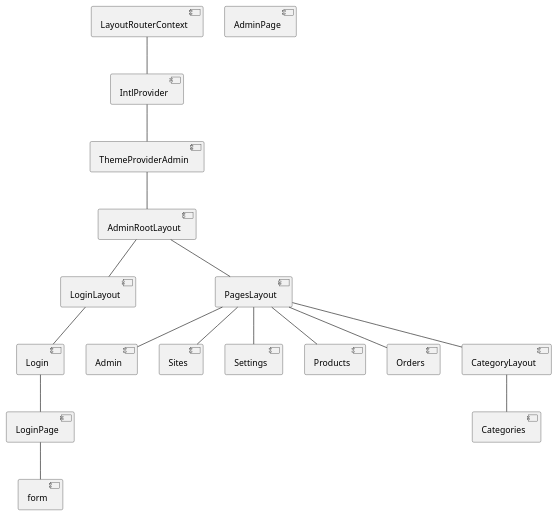
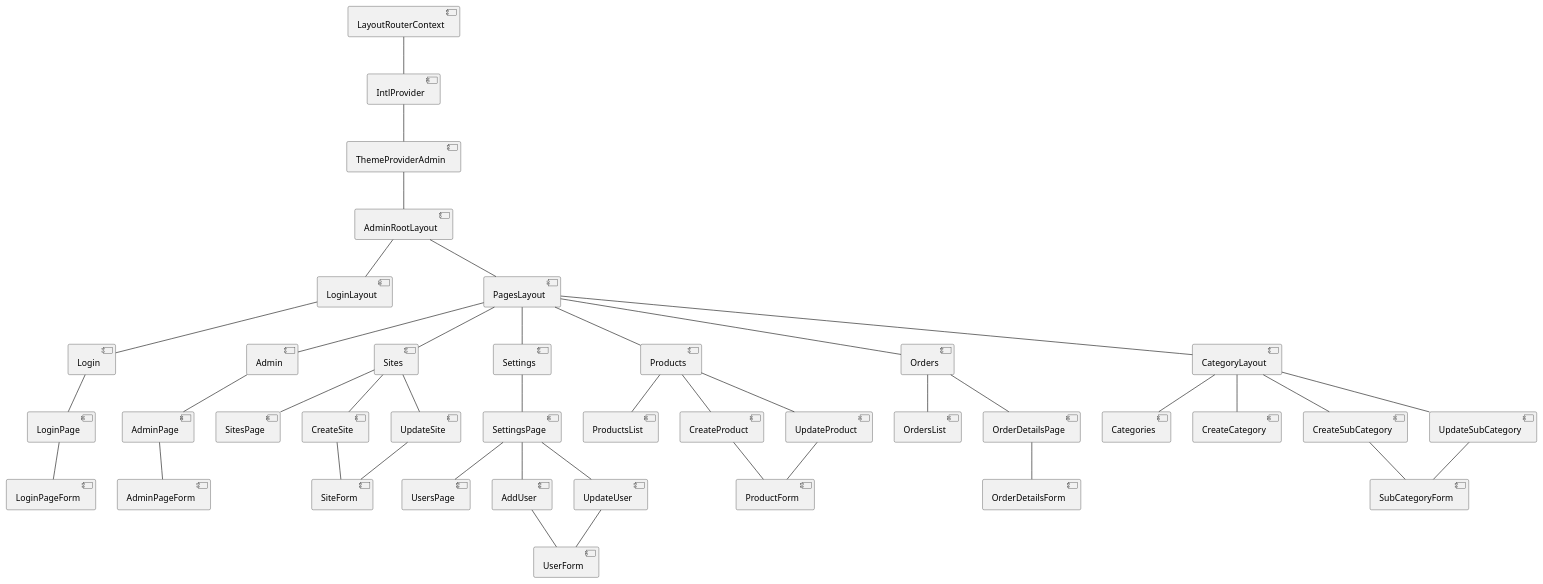
The diagram in client/admin-plantUML.wsd (maxProMax/d-shop), drawn with PlantUML before and after one commit. The commit also changed 13 other files, not shown here.

```diff
--- a/client/admin-plantUML.wsd
+++ b/client/admin-plantUML.wsd
@@ -1,46 +1,106 @@
 @startuml
 
 component LayoutRouterContext
 component IntlProvider
 
 LayoutRouterContext -- IntlProvider
 
 component ThemeProviderAdmin
 component AdminRootLayout
 component LoginLayout
 component PagesLayout
 component Login
 component LoginPage
-component form
+component LoginPageForm
 
 component Admin
 component AdminPage
-
+component AdminPageForm
 
 component Sites
 component Settings
 component Products
 component Orders
 component CategoryLayout
 
 component Categories
+component CreateCategory
+component CreateSubCategory
+component UpdateSubCategory
+component SubCategoryForm
+
+component SitesPage
+component CreateSite
+component UpdateSite
+component SiteForm
+
+component SettingsPage
+
+component UsersPage
+component AddUser
+component UpdateUser
+component UserForm
+
+component ProductsList
+component CreateProduct
+component UpdateProduct
+component ProductForm
+
+component OrdersList
+component OrderDetailsPage
+component OrderDetailsForm
 
 IntlProvider -- ThemeProviderAdmin
 ThemeProviderAdmin -- AdminRootLayout
 AdminRootLayout -- LoginLayout
 AdminRootLayout -- PagesLayout
 
 LoginLayout -- Login
 Login -- LoginPage
-LoginPage -- form
+LoginPage -- LoginPageForm
 
 PagesLayout -- Admin
 PagesLayout -- Sites
 PagesLayout -- Settings
 PagesLayout -- Products
 PagesLayout -- Orders
 PagesLayout -- CategoryLayout
 
+Admin -- AdminPage
+AdminPage -- AdminPageForm
+
 CategoryLayout -- Categories
+CategoryLayout -- CreateCategory
+CategoryLayout -- CreateSubCategory
+CategoryLayout -- UpdateSubCategory
+
+CreateSubCategory -- SubCategoryForm
+UpdateSubCategory -- SubCategoryForm
+
+Sites -- SitesPage
+Sites -- CreateSite
+Sites -- UpdateSite
+
+CreateSite -- SiteForm
+UpdateSite -- SiteForm
+
+Settings -- SettingsPage
+SettingsPage -- UsersPage
+SettingsPage -- AddUser
+SettingsPage -- UpdateUser
+
+AddUser -- UserForm
+UpdateUser -- UserForm
+
+Products -- ProductsList
+Products -- CreateProduct
+Products -- UpdateProduct
+
+CreateProduct -- ProductForm
+UpdateProduct -- ProductForm
+
+Orders -- OrdersList
+Orders -- OrderDetailsPage
+OrderDetailsPage -- OrderDetailsForm
 
 @enduml
```
